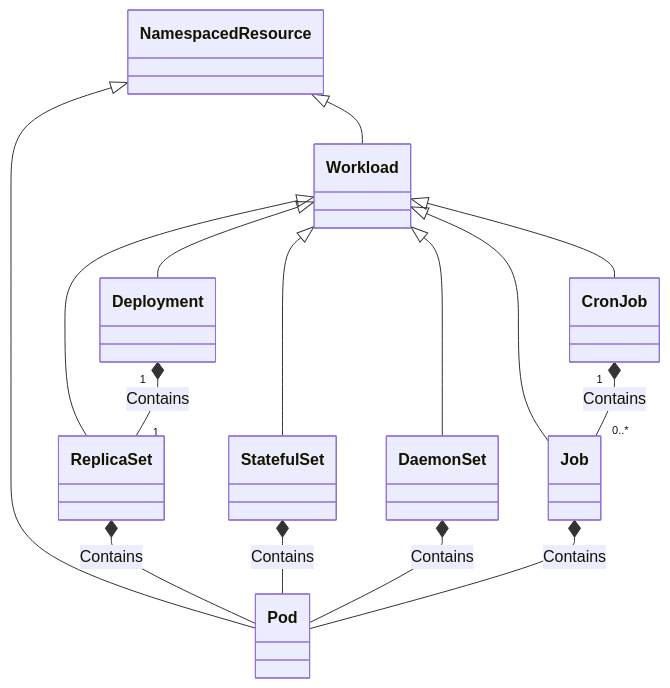
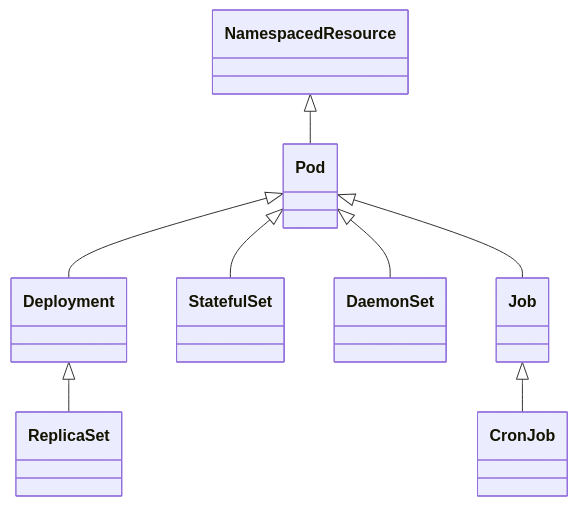
One commit to oasis-open/tosca-community-contributions changed the fourth of 5 diagrams in profiles/community/tosca/kubernetes/README.md. Above: the diagram before and after it, drawn with Mermaid. The commit also changed other lines of this file and 22 other files, not shown here.

````diff
--- a/profiles/community/tosca/kubernetes/README.md
+++ b/profiles/community/tosca/kubernetes/README.md
@@ -398,17 +423,10 @@
 ```mermaid
 classDiagram
     NamespacedResource <|-- Pod
-    NamespacedResource <|-- Workload
-    Workload <|-- Deployment
-    Workload <|-- ReplicaSet
-    Workload <|-- StatefulSet
-    Workload <|-- DaemonSet
-    Workload <|-- CronJob
-    Workload <|-- Job
-    Deployment "1" *-- "1" ReplicaSet:Contains
-    CronJob "1" *-- "0..*" Job:Contains
-    ReplicaSet *-- Pod:Contains
-    StatefulSet *-- Pod:Contains
-    DaemonSet *-- Pod:Contains
-    Job *-- Pod:Contains
+    Pod <|-- Deployment
+    Deployment <|-- ReplicaSet
+    Pod <|-- StatefulSet
+    Pod <|-- DaemonSet
+    Pod <|-- Job
+    Job <|-- CronJob
 ```
````
